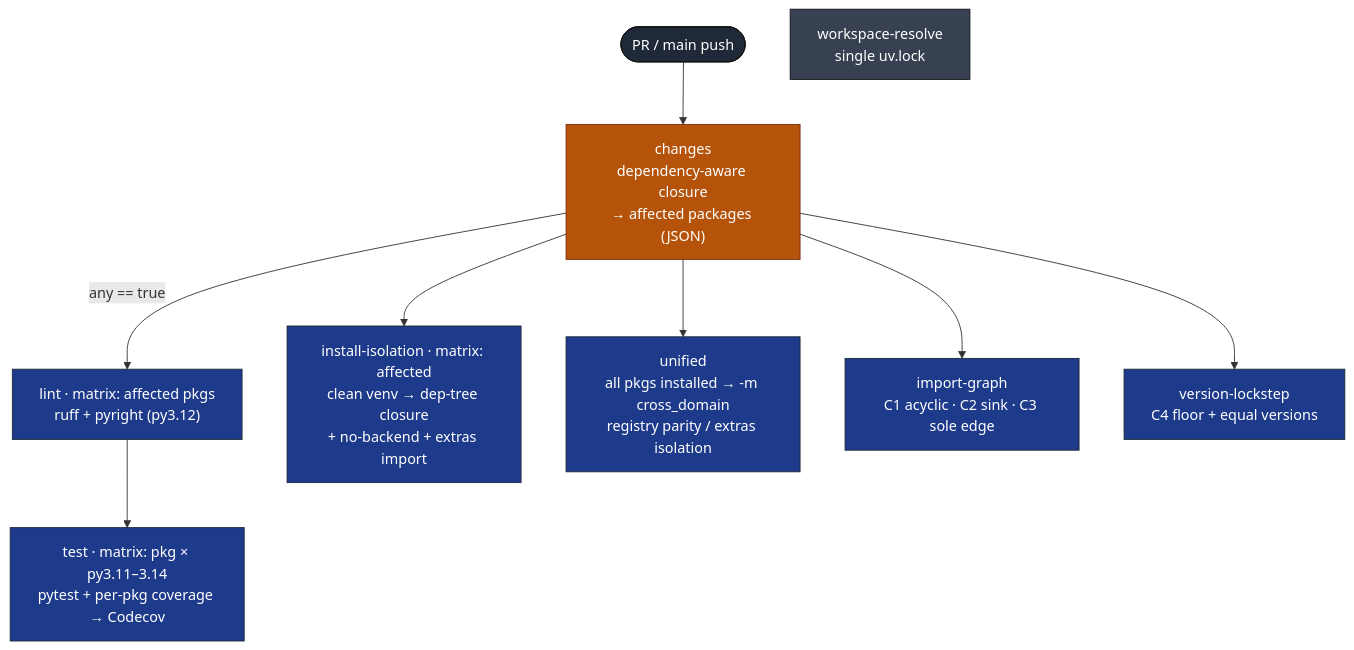
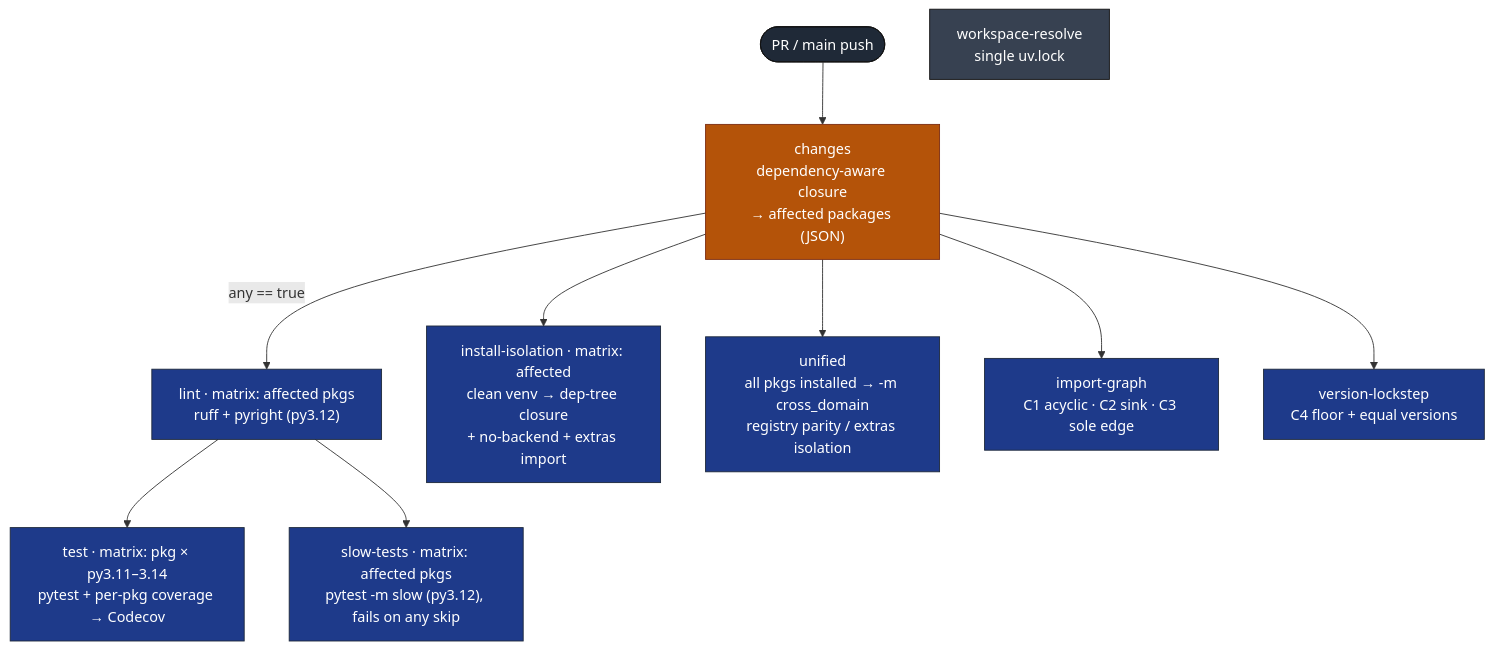
The first of 4 diagrams in docs/architecture/ci-pipelines.md (snoodleboot-io/pirn), drawn with Mermaid before and after one commit. The commit also changed other lines of this file and 1248 other files, not shown here.

First line of the commit message:
ci: gates fail on any finding — strict in config, no baselines, no deprecations or aliases, lazy engines everywhere, slow tests in CI (#368)

````diff
--- a/docs/architecture/ci-pipelines.md
+++ b/docs/architecture/ci-pipelines.md
@@ -16,19 +16,20 @@
 ```mermaid
 flowchart TD
     PR([PR / main push]):::trig --> CH
 
     CH["changes<br/>dependency-aware closure<br/>→ affected packages (JSON)"]:::gate
     WR["workspace-resolve<br/>single uv.lock"]:::ind
 
     CH -->|"any == true"| LINT["lint · matrix: affected pkgs<br/>ruff + pyright (py3.12)"]:::job
     LINT --> TEST["test · matrix: pkg × py3.11–3.14<br/>pytest + per-pkg coverage → Codecov"]:::job
+    LINT --> SLOW["slow-tests · matrix: affected pkgs<br/>pytest -m slow (py3.12), fails on any skip"]:::job
     CH --> ISO["install-isolation · matrix: affected<br/>clean venv → dep-tree closure<br/>+ no-backend + extras import"]:::job
     CH --> UNI["unified<br/>all pkgs installed → -m cross_domain<br/>registry parity / extras isolation"]:::job
     CH --> IG["import-graph<br/>C1 acyclic · C2 sink · C3 sole edge"]:::job
     CH --> VL["version-lockstep<br/>C4 floor + equal versions"]:::job
 
     classDef trig fill:#1f2937,color:#fff,stroke:#111;
     classDef gate fill:#b45309,color:#fff,stroke:#7c2d12;
     classDef job fill:#1e3a8a,color:#fff,stroke:#1e293b;
     classDef ind fill:#374151,color:#fff,stroke:#111;
 ```
````
